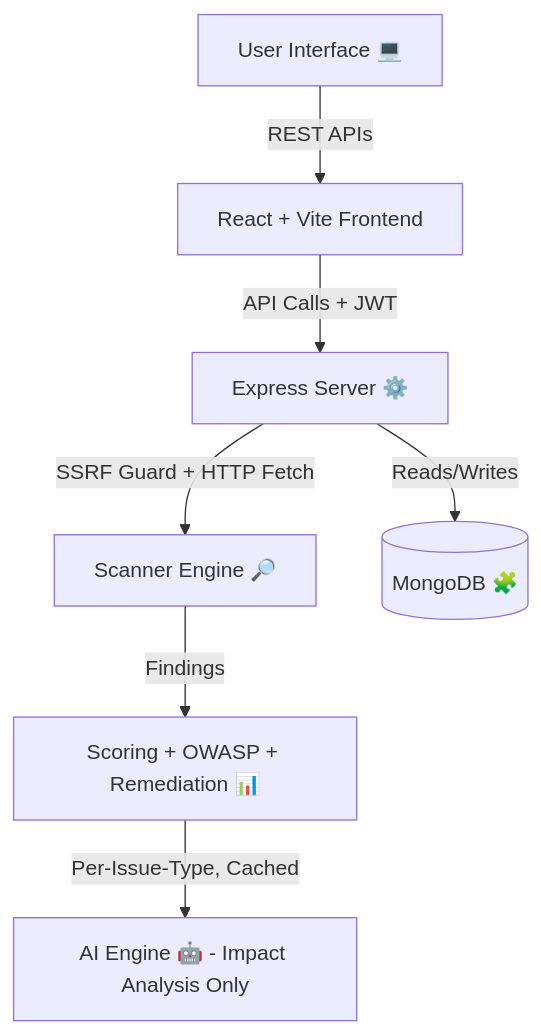
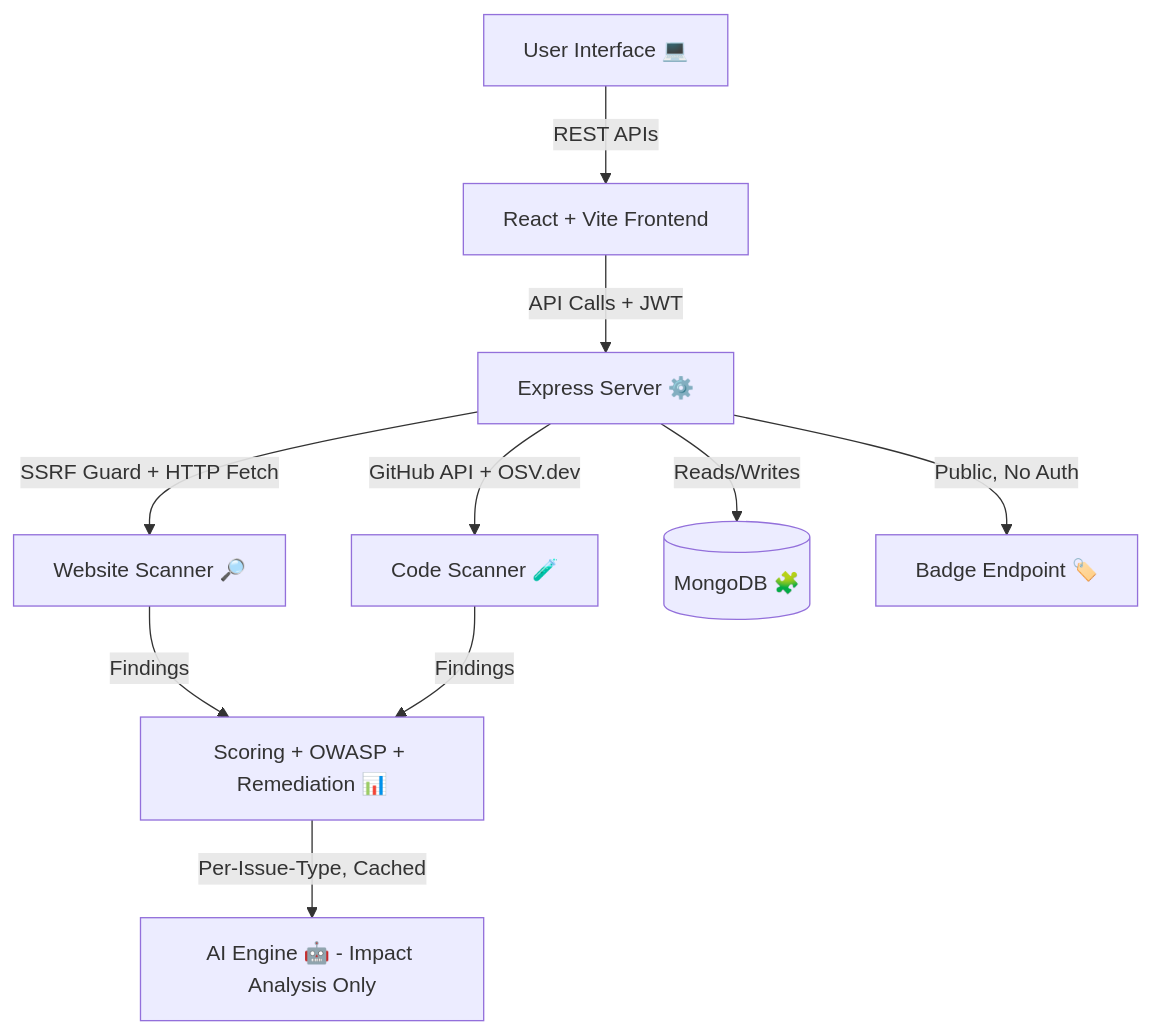
Before and after one commit to Ophidev/SentinelAI: the diagram in README.md, drawn with Mermaid. The commit also changed other lines of this file, not shown here.

First line of the commit message:
Document code scanning and security badges in README

````diff
--- a/README.md
+++ b/README.md
@@ -80,9 +84,12 @@
 ```mermaid
 graph TD
 A[User Interface 💻] -->|REST APIs| B[React + Vite Frontend]
 B -->|API Calls + JWT| C[Express Server ⚙️]
-C -->|SSRF Guard + HTTP Fetch| D[Scanner Engine 🔎]
+C -->|SSRF Guard + HTTP Fetch| D[Website Scanner 🔎]
+C -->|GitHub API + OSV.dev| H[Code Scanner 🧪]
 D -->|Findings| E[Scoring + OWASP + Remediation 📊]
+H -->|Findings| E
 E -->|Per-Issue-Type, Cached| F[AI Engine 🤖 - Impact Analysis Only]
 C -->|Reads/Writes| G[(MongoDB 🧩)]
+C -->|Public, No Auth| I[Badge Endpoint 🏷️]
 ```
````
